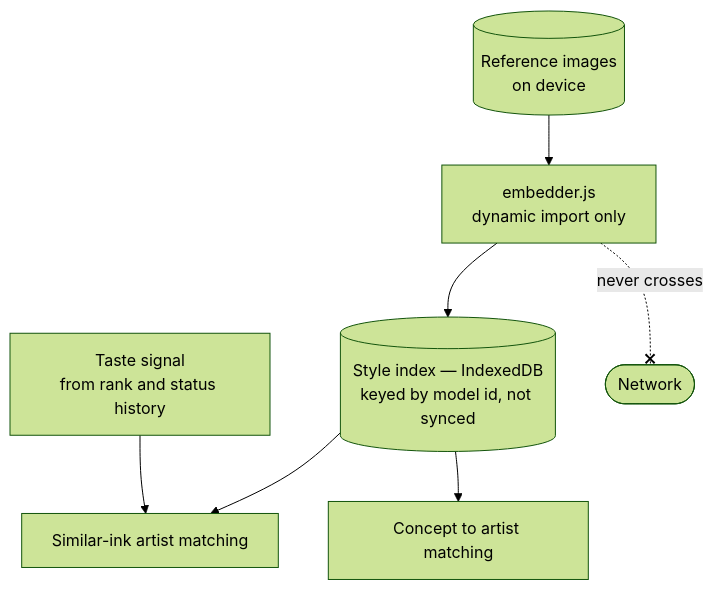
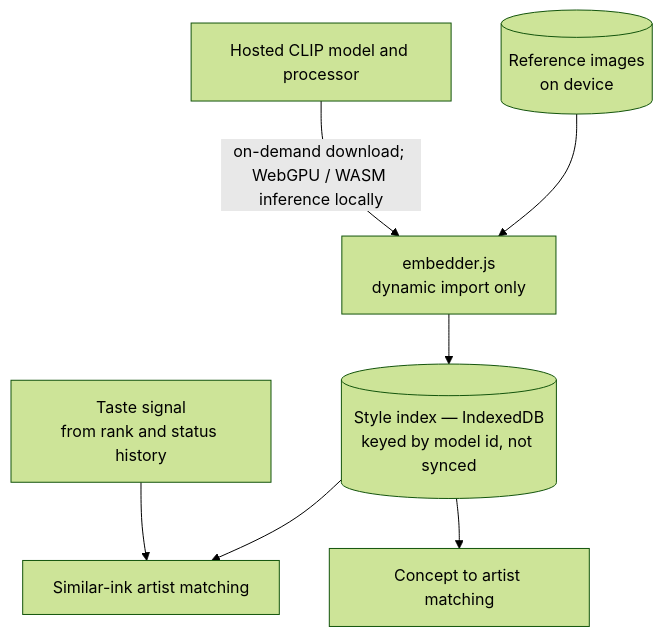
The sixth of 11 diagrams in docs/ARCHITECTURE.md (Pritesh1980/sable), drawn with Mermaid (forest theme) before and after one commit. The commit also changed other lines of this file and 3 other files, not shown here.

````diff
--- a/docs/ARCHITECTURE.md
+++ b/docs/ARCHITECTURE.md
@@ -316,15 +362,15 @@
 ```mermaid
 flowchart TB
   IMG[("Reference images<br/>on device")]
   EMB["embedder.js<br/>dynamic import only"]
   IDX[("Style index — IndexedDB<br/>keyed by model id, not synced")]
   SIG["Taste signal<br/>from rank and status history"]
   OUT1["Similar-ink artist matching"]
   OUT2["Concept to artist matching"]
-  NET(["Network"])
+  MODEL["Hosted CLIP model and processor"]
   IMG --> EMB --> IDX
   IDX --> OUT1
   IDX --> OUT2
   SIG --> OUT1
-  EMB -. "never crosses" .-x NET
+  MODEL -- "on-demand download; WebGPU / WASM inference locally" --> EMB
 ```
````
